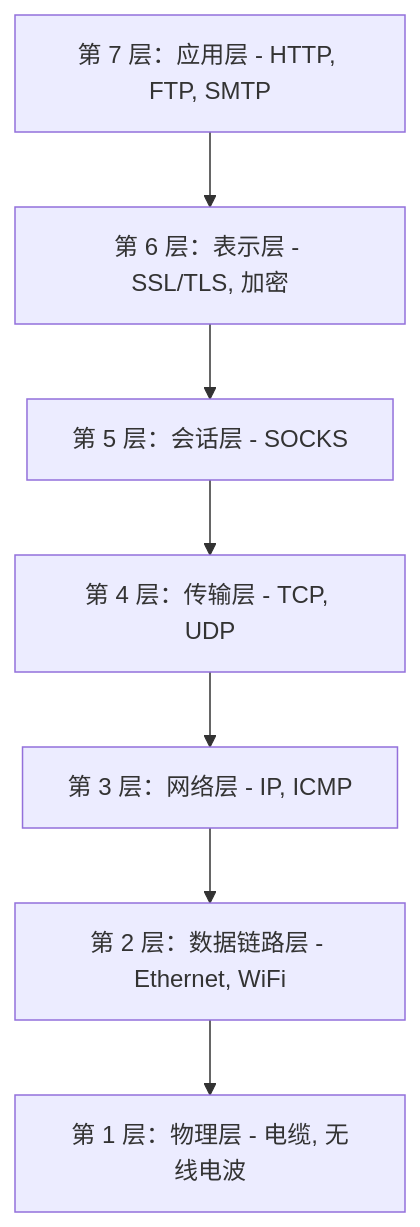
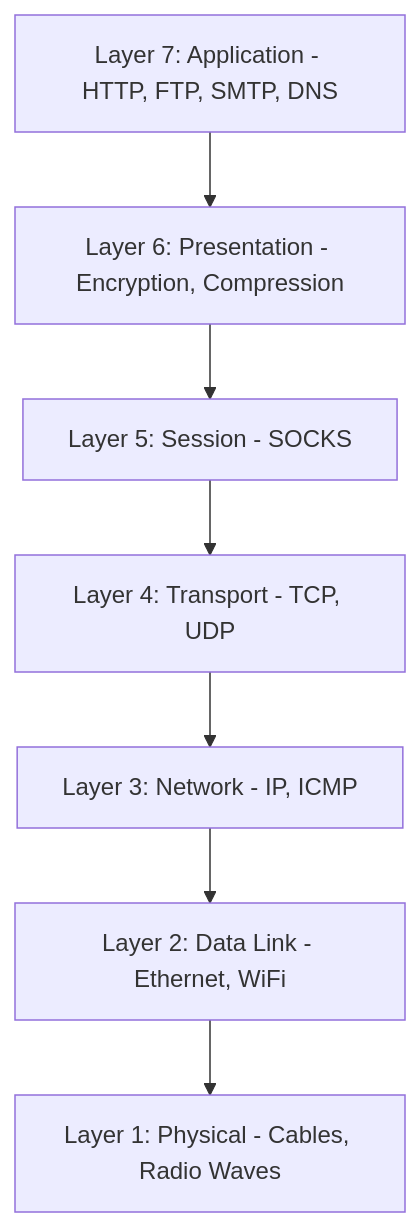
Before and after one commit to autoscrape-labs/pydoll: the first of 3 diagrams in docs/zh/deep-dive/network/network-fundamentals.md, drawn with Mermaid. The commit also changed other lines of this file and 9 other files, not shown here.

````diff
--- a/docs/zh/deep-dive/network/network-fundamentals.md
+++ b/docs/zh/deep-dive/network/network-fundamentals.md
@@ -31,12 +20,12 @@
 ```mermaid
 graph TD
-    L7[第 7 层：应用层 - HTTP, FTP, SMTP]
-    L6[第 6 层：表示层 - SSL/TLS, 加密]
-    L5[第 5 层：会话层 - SOCKS]
-    L4[第 4 层：传输层 - TCP, UDP]
-    L3[第 3 层：网络层 - IP, ICMP]
-    L2[第 2 层：数据链路层 - Ethernet, WiFi]
-    L1[第 1 层：物理层 - 电缆, 无线电波]
-    
+    L7[Layer 7: Application - HTTP, FTP, SMTP, DNS]
+    L6[Layer 6: Presentation - Encryption, Compression]
+    L5[Layer 5: Session - SOCKS]
+    L4[Layer 4: Transport - TCP, UDP]
+    L3[Layer 3: Network - IP, ICMP]
+    L2[Layer 2: Data Link - Ethernet, WiFi]
+    L1[Layer 1: Physical - Cables, Radio Waves]
+
     L7 --> L6 --> L5 --> L4 --> L3 --> L2 --> L1
 ```
````
